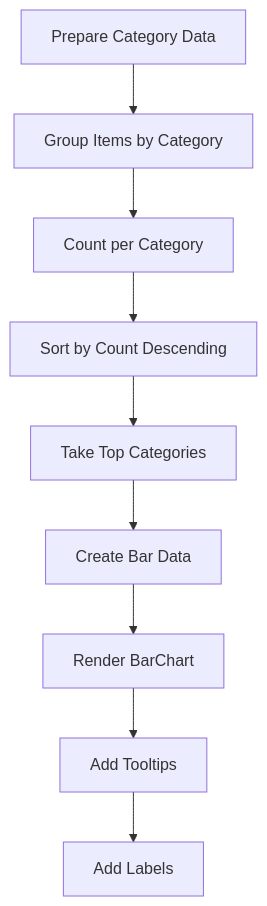
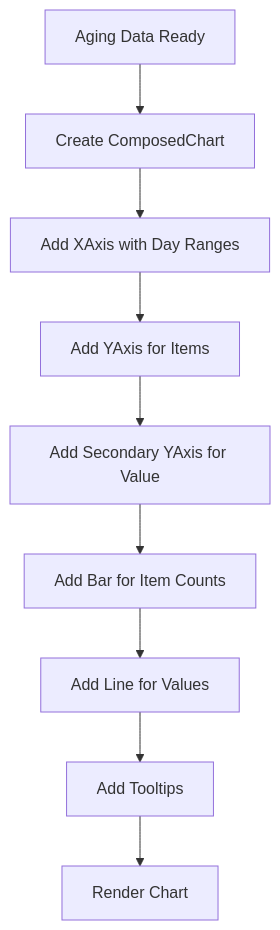
One commit to PeakMNA/carmen changed diagram 17 of 18 in docs/app/inventory-management/stock-overview/slow-moving/FD-slow-moving.md. Above: the diagram before and after it, drawn with Mermaid. The commit also changed other lines of this file and 473 other files, not shown here.

````diff
--- a/docs/app/inventory-management/stock-overview/slow-moving/FD-slow-moving.md
+++ b/docs/app/inventory-management/stock-overview/slow-moving/FD-slow-moving.md
@@ -259,11 +353,11 @@
 ```mermaid
 flowchart TD
-    A[Prepare Category Data] --> B[Group Items by Category]
-    B --> C[Count per Category]
-    C --> D[Sort by Count Descending]
-    D --> E[Take Top Categories]
-    E --> F[Create Bar Data]
-    F --> G[Render BarChart]
+    A[Aging Data Ready] --> B[Create ComposedChart]
+    B --> C[Add XAxis with Day Ranges]
+    C --> D[Add YAxis for Items]
+    D --> E[Add Secondary YAxis for Value]
+    E --> F[Add Bar for Item Counts]
+    F --> G[Add Line for Values]
     G --> H[Add Tooltips]
-    H --> I[Add Labels]
+    H --> I[Render Chart]
 ```
````
